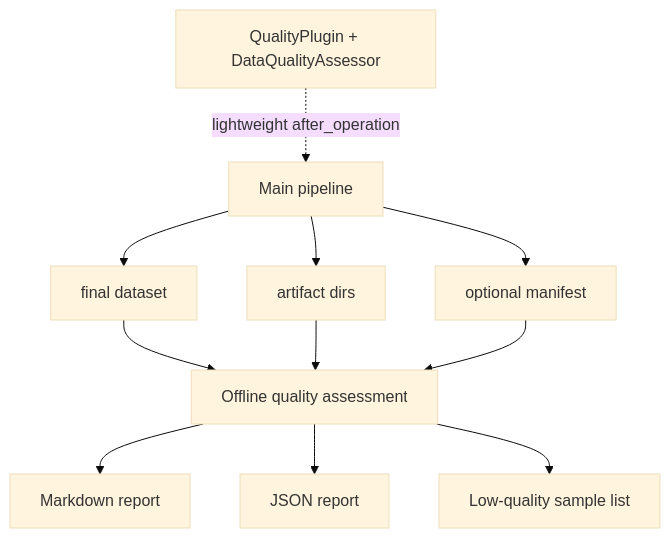
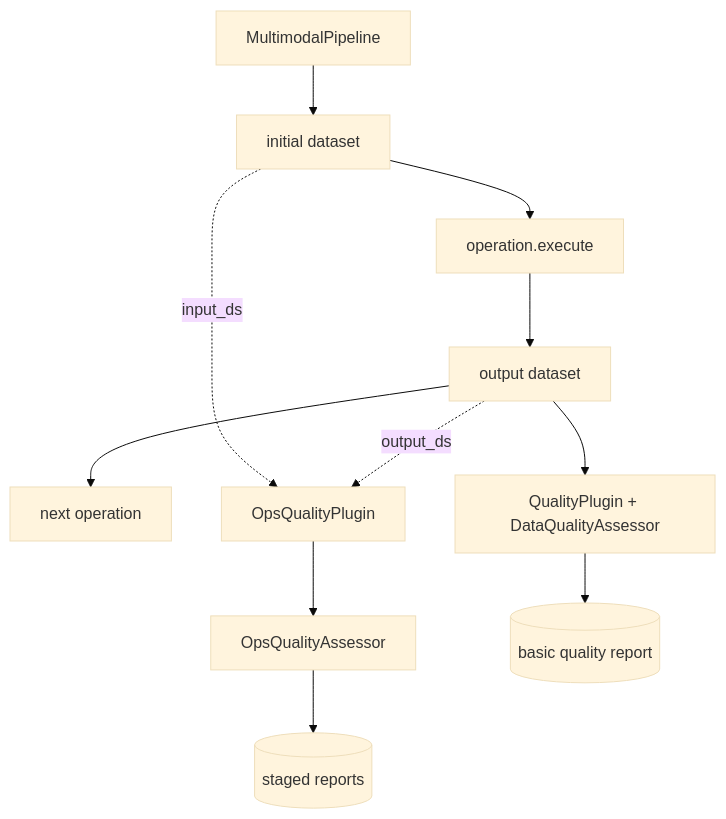
The diagram in docs/pipeline-boundary.md (Wenwen555/ops-quality-assessment), drawn with Mermaid (base theme) before and after one commit. The commit also changed other lines of this file and 11 other files, not shown here.

````diff
--- a/docs/pipeline-boundary.md
+++ b/docs/pipeline-boundary.md
@@ -33,16 +33,15 @@
 ```mermaid
 flowchart TB
-    A[Main pipeline] --> B[final dataset]
-    A --> C[artifact dirs]
-    A --> D[optional manifest]
+    A[MultimodalPipeline] --> B[initial dataset]
+    B --> C[operation.execute]
+    C --> D[output dataset]
+    D --> E[next operation]
 
-    B --> E[Offline quality assessment]
-    C --> E
-    D --> E
+    B -.input_ds.-> P[OpsQualityPlugin]
+    D -.output_ds.-> P
+    P --> Q[OpsQualityAssessor]
+    Q --> R[(staged reports)]
 
-    E --> F[Markdown report]
-    E --> G[JSON report]
-    E --> H[Low-quality sample list]
-
-    I[QualityPlugin + DataQualityAssessor] -.lightweight after_operation.-> A
+    D --> S[QualityPlugin + DataQualityAssessor]
+    S --> T[(basic quality report)]
 ```
````
